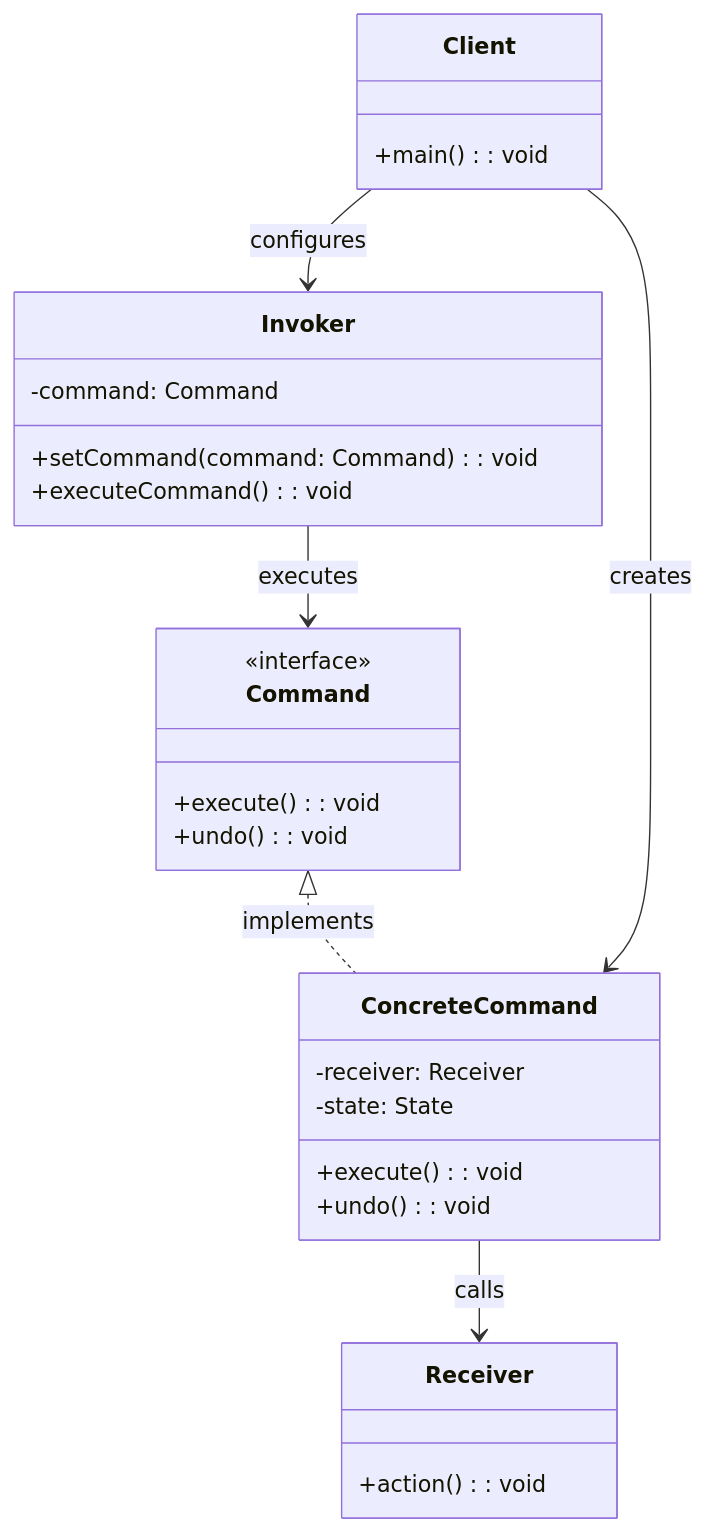
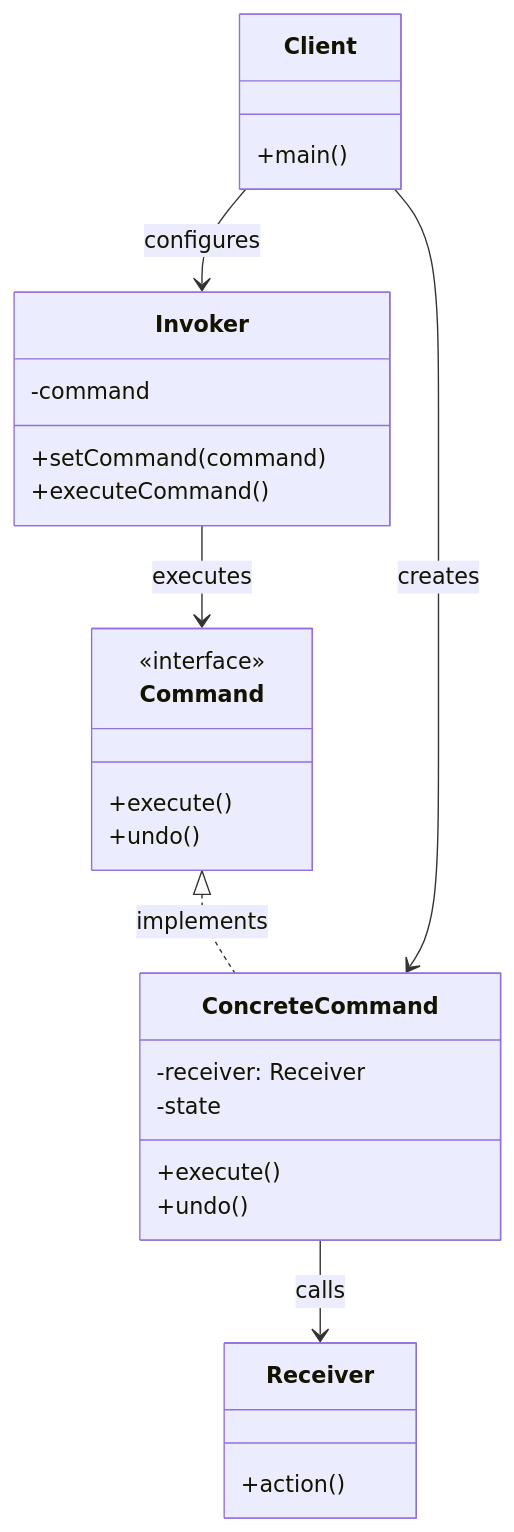
The first of 3 diagrams in resources/design-patterns/laravel/behavioral/command_en.md (fanly/DesignPattern), drawn with Mermaid before and after one commit. The commit also changed 103 other files, not shown here.

````diff
--- a/resources/design-patterns/laravel/behavioral/command_en.md
+++ b/resources/design-patterns/laravel/behavioral/command_en.md
@@ -11,35 +11,35 @@
 ```mermaid
 classDiagram
     class Command {
         <<interface>>
-        +execute(): void
-        +undo(): void
+        +execute()
+        +undo()
     }
     
     class ConcreteCommand {
         -receiver: Receiver
-        -state: State
-        +execute(): void
-        +undo(): void
+        -state
+        +execute()
+        +undo()
     }
     
     class Receiver {
-        +action(): void
+        +action()
     }
     
     class Invoker {
-        -command: Command
-        +setCommand(command: Command): void
-        +executeCommand(): void
+        -command
+        +setCommand(command)
+        +executeCommand()
     }
     
     class Client {
-        +main(): void
+        +main()
     }
     
     Command <|.. ConcreteCommand : implements
     ConcreteCommand --> Receiver : calls
     Invoker --> Command : executes
     Client --> ConcreteCommand : creates
     Client --> Invoker : configures
 ```
````
